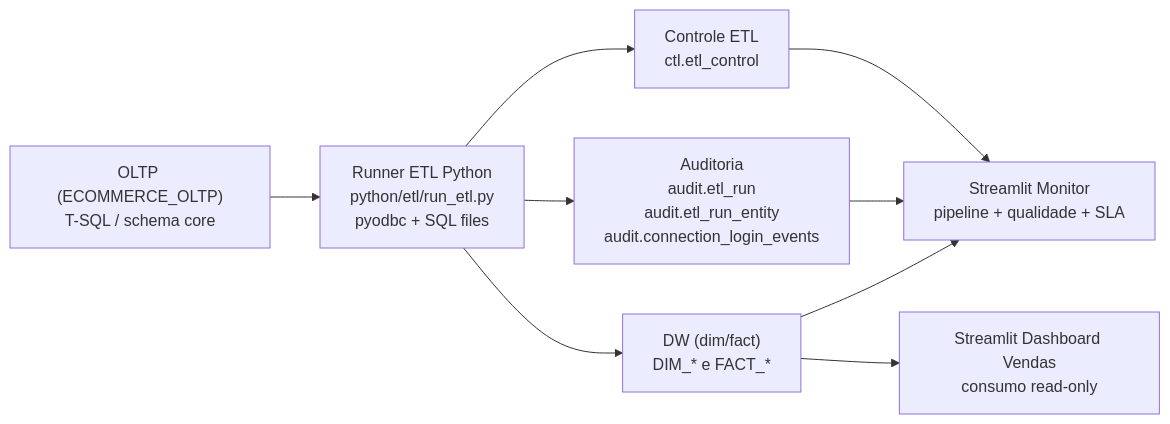
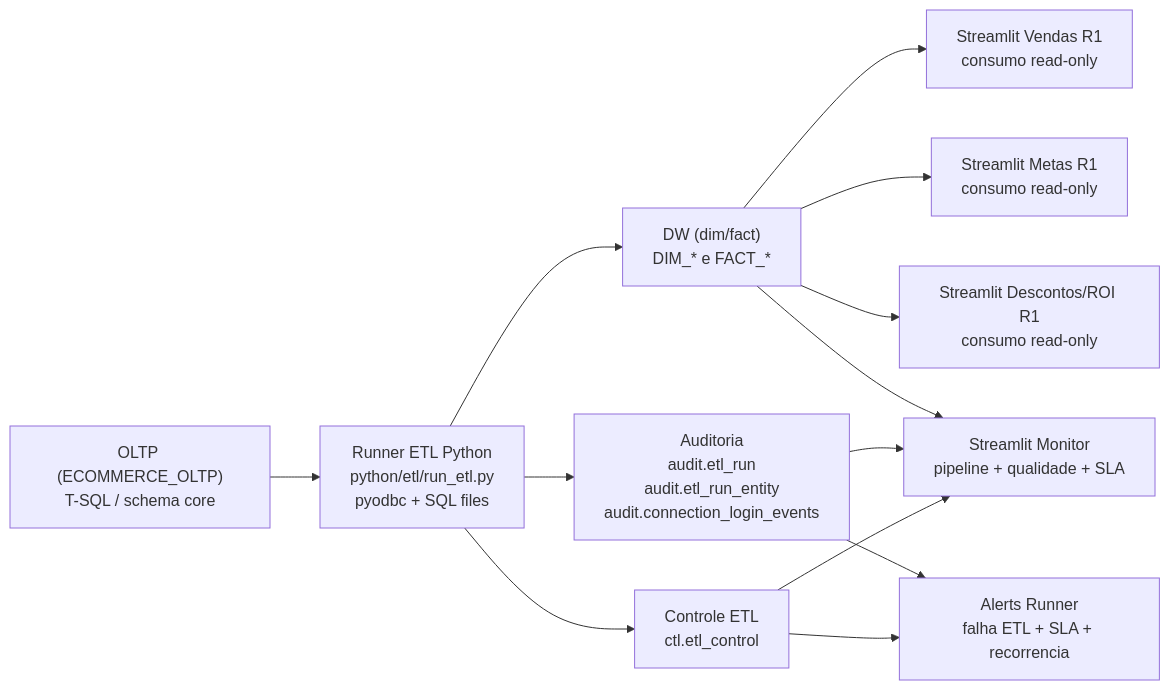
Before and after one commit to IgorNatann/project_e_commerce_dw: the second of 2 diagrams in docs/diagrams/02_arquitetura_atual.md, drawn with Mermaid. The commit also changed other lines of this file and 4 other files, not shown here.

Commit message:
docs(architecture): atualiza documentacao para refletir stack e escopo atuais

````diff
--- a/docs/diagrams/02_arquitetura_atual.md
+++ b/docs/diagrams/02_arquitetura_atual.md
@@ -60,18 +73,25 @@
 ```mermaid
 flowchart LR
     SRC["OLTP (ECOMMERCE_OLTP)<br/>T-SQL / schema core"]
     ETL["Runner ETL Python<br/>python/etl/run_etl.py<br/>pyodbc + SQL files"]
     CTRL["Controle ETL<br/>ctl.etl_control"]
     AUD["Auditoria<br/>audit.etl_run<br/>audit.etl_run_entity<br/>audit.connection_login_events"]
     DW["DW (dim/fact)<br/>DIM_* e FACT_*"]
     MON["Streamlit Monitor<br/>pipeline + qualidade + SLA"]
-    BI["Streamlit Dashboard Vendas<br/>consumo read-only"]
+    BIV["Streamlit Vendas R1<br/>consumo read-only"]
+    BIM["Streamlit Metas R1<br/>consumo read-only"]
+    BID["Streamlit Descontos/ROI R1<br/>consumo read-only"]
+    ALERT["Alerts Runner<br/>falha ETL + SLA + recorrencia"]
 
     SRC --> ETL --> DW
     ETL --> CTRL
     ETL --> AUD
     CTRL --> MON
     AUD --> MON
     DW --> MON
-    DW --> BI
+    DW --> BIV
+    DW --> BIM
+    DW --> BID
+    CTRL --> ALERT
+    AUD --> ALERT
 ```
````
